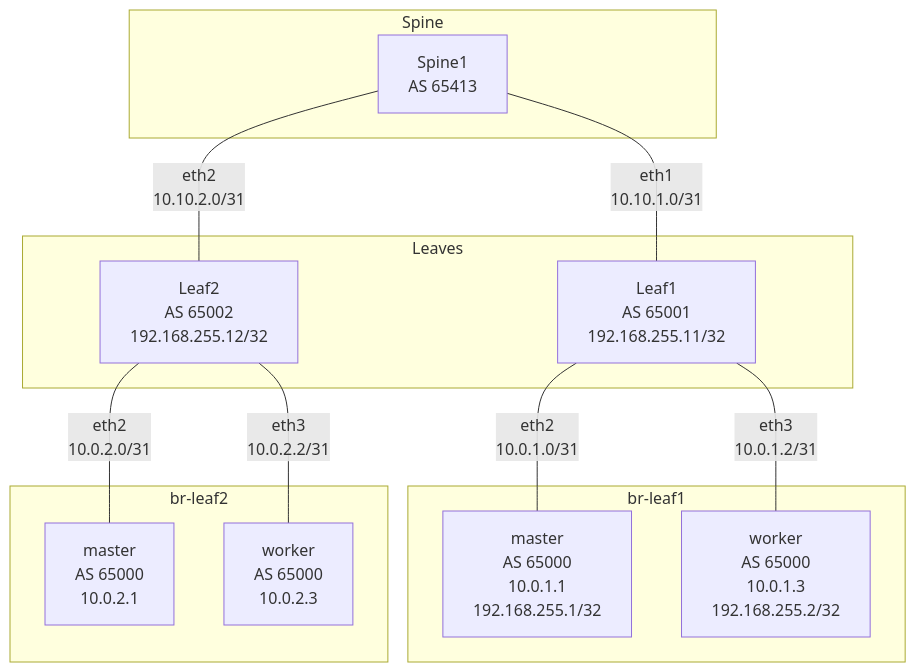
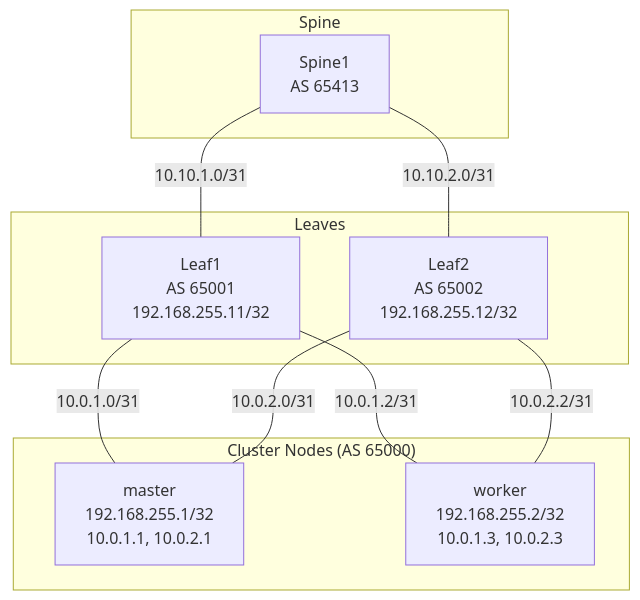
Before and after one commit to dave-tucker/hands-on-labs: the diagram in docs/labs/02-bgp/index.md, drawn with Mermaid. The commit also changed other lines of this file and 3 other files, not shown here.

First line of the commit message:
Docs: Improve diagrams and fix deployment instructions

````diff
--- a/docs/labs/02-bgp/index.md
+++ b/docs/labs/02-bgp/index.md
@@ -22,28 +22,25 @@
 ```mermaid
 graph TB
     subgraph Spine
         S1[Spine1<br/>AS 65413]
     end
     
     subgraph Leaves
         L1[Leaf1<br/>AS 65001<br/>192.168.255.11/32]
         L2[Leaf2<br/>AS 65002<br/>192.168.255.12/32]
     end
     
-    subgraph br-leaf1
-        M1[master<br/>AS 65000<br/>10.0.1.1<br/>192.168.255.1/32]
-        W1[worker<br/>AS 65000<br/>10.0.1.3<br/>192.168.255.2/32]
+    subgraph Cluster["Cluster Nodes (AS 65000)"]
+        M[master<br/>192.168.255.1/32<br/>10.0.1.1, 10.0.2.1]
+        W[worker<br/>192.168.255.2/32<br/>10.0.1.3, 10.0.2.3]
     end
     
-    subgraph br-leaf2
-        M2[master<br/>AS 65000<br/>10.0.2.1]
-        W2[worker<br/>AS 65000<br/>10.0.2.3]
-    end
+    S1 ---|10.10.1.0/31| L1
+    S1 ---|10.10.2.0/31| L2
     
-    S1 ---|eth1<br/>10.10.1.0/31| L1
-    S1 ---|eth2<br/>10.10.2.0/31| L2
-    L1 ---|eth2<br/>10.0.1.0/31| M1
-    L1 ---|eth3<br/>10.0.1.2/31| W1
-    L2 ---|eth2<br/>10.0.2.0/31| M2
-    L2 ---|eth3<br/>10.0.2.2/31| W2
+    L1 ---|10.0.1.0/31| M
+    L1 ---|10.0.1.2/31| W
+    
+    L2 ---|10.0.2.0/31| M
+    L2 ---|10.0.2.2/31| W
 ```
````
